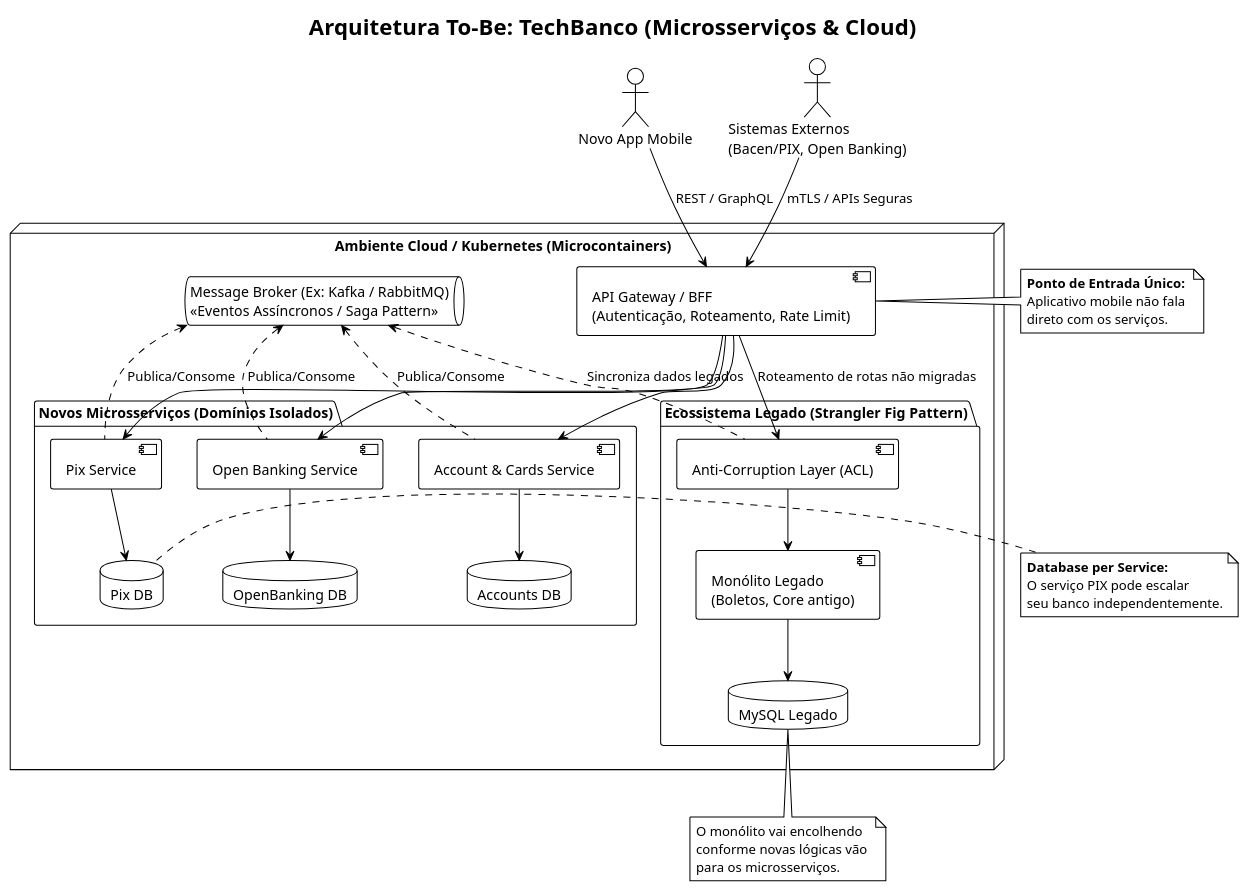
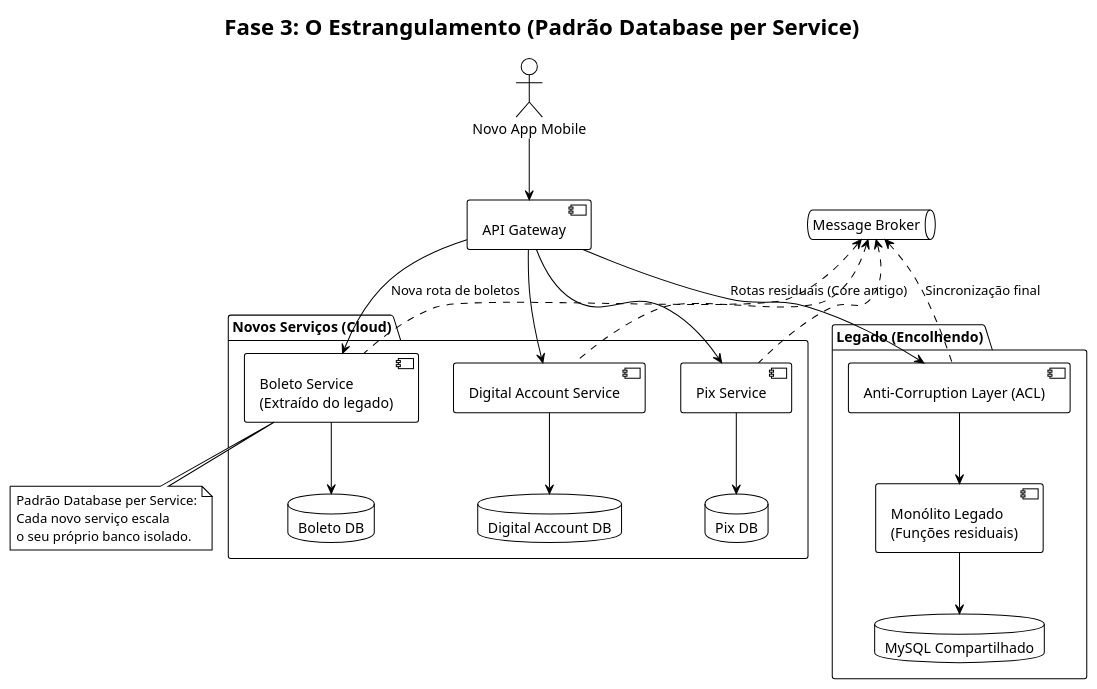
One commit to daniel-apolinario/puc-microservices changed the fourth of 4 diagrams in README.md. Above: the diagram before and after it, drawn with PlantUML. The commit also changed other lines of this file, not shown here.

Commit message:
Revise phases and titles in architecture documentation

```diff
--- a/README.md
+++ b/README.md
@@ -127,71 +171,51 @@
 }
 </style>
 
-title Arquitetura To-Be: TechBanco (Microsserviços & Cloud)
+title Fase 3: O Estrangulamento (Padrão Database per Service)
 
 actor "Novo App Mobile" as App
-actor "Sistemas Externos\n(Bacen/PIX, Open Banking)" as Externo
+component "API Gateway" as Gateway
+queue "Message Broker" as Broker
 
-node "Ambiente Cloud / Kubernetes (Microcontainers)" {
+package "Novos Serviços (Cloud)" {
+    component "Pix Service" as PixMS
+    database "Pix DB" as PixDB
+    PixMS -down-> PixDB
     
-    component "API Gateway / BFF\n(Autenticação, Roteamento, Rate Limit)" as Gateway
-
-    queue "Message Broker (Ex: Kafka / RabbitMQ)\n<<Eventos Assíncronos / Saga Pattern>>" as Broker
-
-    package "Novos Microsserviços (Domínios Isolados)" {
-        
-        component "Pix Service" as PixMS
-        database "Pix DB" as PixDB
-        PixMS -down-> PixDB
-        
-        component "Open Banking Service" as OBMS
-        database "OpenBanking DB" as OBDB
-        OBMS -down-> OBDB
-        
-        component "Account & Cards Service" as AccountMS
-        database "Accounts DB" as AccountDB
-        AccountMS -down-> AccountDB
-    }
+    component "Digital Account Service" as DigAccountMS
+    database "Digital Account DB" as DigAccountDB
+    DigAccountMS -down-> DigAccountDB
     
-    package "Ecossistema Legado (Strangler Fig Pattern)" {
-        component "Anti-Corruption Layer (ACL)" as ACL
-        component "Monólito Legado\n(Boletos, Core antigo)" as Monolito
-        database "MySQL Legado" as LegadoDB
-        
-        ACL -down-> Monolito
-        Monolito -down-> LegadoDB
-    }
+    component "Boleto Service\n(Extraído do legado)" as BoletoMS
+    database "Boleto DB" as BoletoDB
+    BoletoMS -down-> BoletoDB
 }
 
-App -down-> Gateway : REST / GraphQL
-Externo -down-> Gateway : mTLS / APIs Seguras
+package "Legado (Encolhendo)" {
+    component "Anti-Corruption Layer (ACL)" as ACL
+    component "Monólito Legado\n(Funções residuais)" as Monolito
+    database "MySQL Compartilhado" as LegadoDB
+    
+    ACL -down-> Monolito
+    Monolito -down-> LegadoDB
+}
+
+App -down-> Gateway
 
 Gateway -down-> PixMS
-Gateway -down-> OBMS
-Gateway -down-> AccountMS
-Gateway -down-> ACL : Roteamento de rotas não migradas
+Gateway -down-> DigAccountMS
+Gateway -down-> BoletoMS : Nova rota de boletos
+Gateway -down-> ACL : Rotas residuais (Core antigo)
 
-PixMS .up.> Broker : Publica/Consome
-OBMS .up.> Broker : Publica/Consome
-AccountMS .up.> Broker : Publica/Consome
-ACL .up.> Broker : Sincroniza dados legados
+PixMS .up.> Broker
+DigAccountMS .up.> Broker
+BoletoMS .up.> Broker
+ACL .up.> Broker : Sincronização final
 
-note right of Gateway
-  **Ponto de Entrada Único:**
-  Aplicativo mobile não fala 
-  direto com os serviços.
-end note
-
-note bottom of LegadoDB
-  O monólito vai encolhendo
-  conforme novas lógicas vão 
-  para os microsserviços.
-end note
-
-note right of PixDB
-  **Database per Service:**
-  O serviço PIX pode escalar
-  seu banco independentemente.
+note bottom of BoletoMS
+  Padrão Database per Service:
+  Cada novo serviço escala 
+  o seu próprio banco isolado.
 end note
 
 @enduml
```
